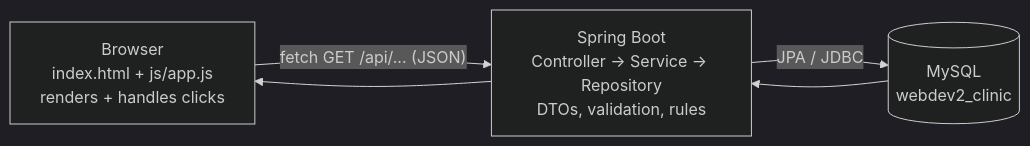
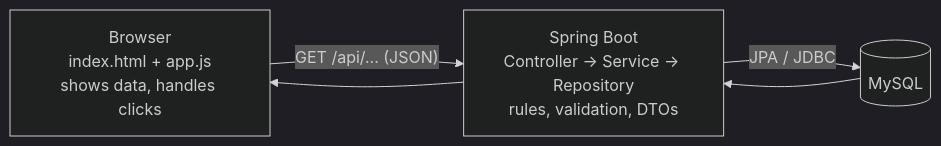
One commit to stepanotchie/webdev2 changed the diagram in docs/week13/lecture.md. Above: the diagram before and after it, drawn with Mermaid (dark theme). The commit also changed other lines of this file and 3 other files, not shown here.

First line of the commit message:
Week 13 (F1): connect vanilla JS frontend to Spring Boot + MySQL API

````diff
--- a/docs/week13/lecture.md
+++ b/docs/week13/lecture.md
@@ -50,6 +35,6 @@
 ```mermaid
 flowchart LR
-  B["Browser<br/>index.html + js/app.js<br/>renders + handles clicks"] -- "fetch GET /api/... (JSON)" --> C["Spring Boot<br/>Controller -> Service -> Repository<br/>DTOs, validation, rules"]
-  C -- "JPA / JDBC" --> M[("MySQL<br/>webdev2_clinic")]
+  B["Browser<br/>index.html + app.js<br/>shows data, handles clicks"] -- "GET /api/... (JSON)" --> C["Spring Boot<br/>Controller → Service → Repository<br/>rules, validation, DTOs"]
+  C -- "JPA / JDBC" --> M[("MySQL")]
   M --> C --> B
 ```
````
